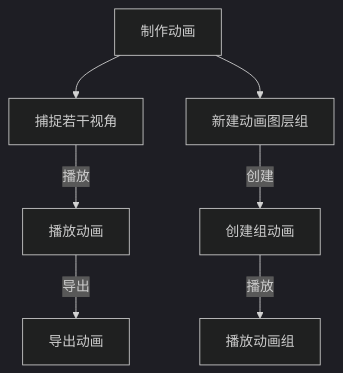
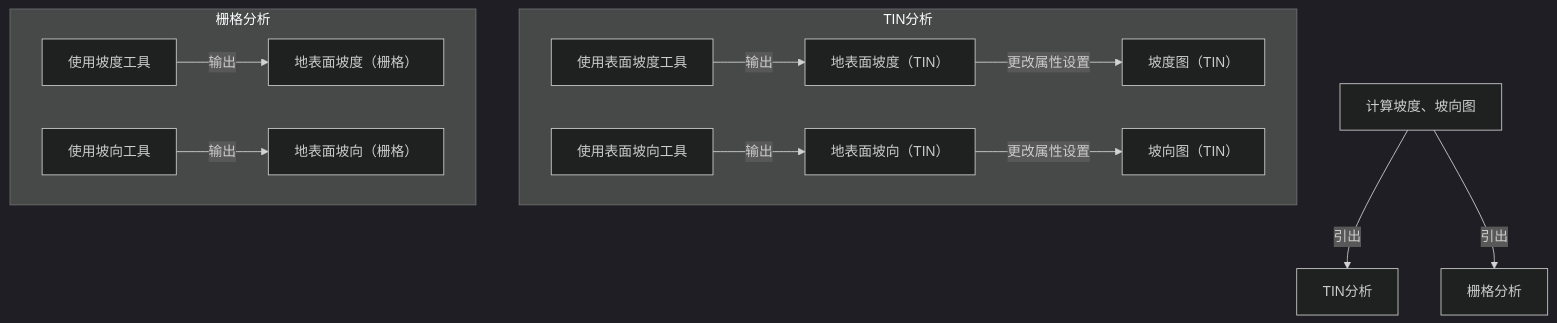
One commit to newguser/iodraw-files changed the diagram in all/未命名.md. Above: the diagram before and after it, drawn with Mermaid (dark theme).

Commit message:
2025-02-27 22:10:42 update

````diff
--- a/all/未命名.md
+++ b/all/未命名.md
@@ -1,11 +1,17 @@
 ```mermaid
 graph TD
-        A0[制作动画]-->A[捕捉若干视角]
-        A0[制作动画]-->D[新建动画图层组]
-        A[捕捉若干视角] -->|播放| B[播放动画]
-        B -->|导出| C[导出动画]
+    A[计算坡度、坡向图] -->|引出| B[TIN分析]
+    A -->|引出| C[栅格分析]
 
-        D[新建动画图层组] -->|创建| E[创建组动画]
-        E -->|播放| F[播放动画组]
+    subgraph TIN分析
+        B1[使用表面坡度工具] -->|输出| B2[地表面坡度（TIN）]
+        B2 -->|更改属性设置| B3[坡度图（TIN）]
+        B4[使用表面坡向工具] -->|输出| B5[地表面坡向（TIN）]
+        B5 -->|更改属性设置| B6[坡向图（TIN）]
+    end
 
+    subgraph 栅格分析
+        C1[使用坡度工具] -->|输出| C2[地表面坡度（栅格）]
+        C3[使用坡向工具] -->|输出| C4[地表面坡向（栅格）]
+    end
 ```
````
